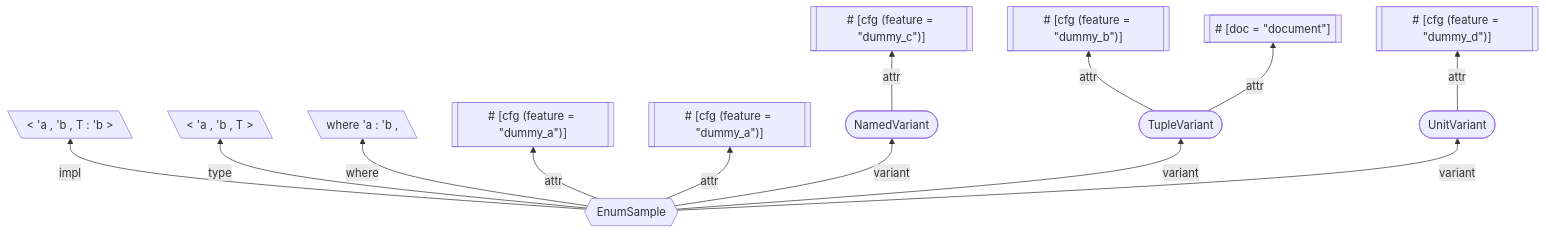
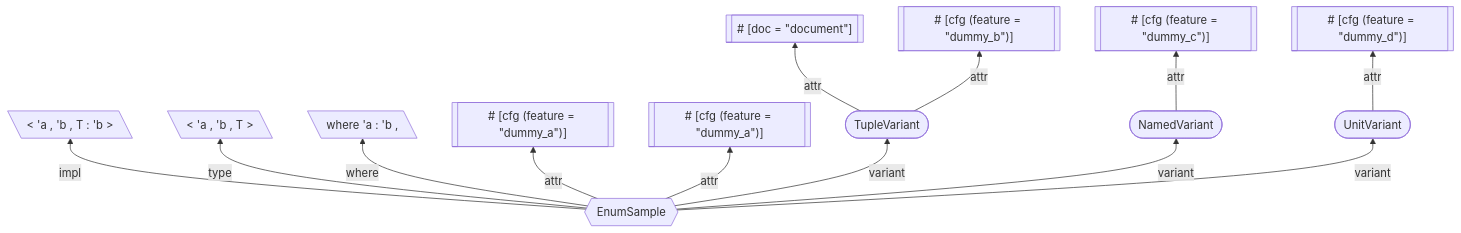
Before and after one commit to Tokeiya/proc_macro_survey: the diagram in output.md, drawn with Mermaid. The commit also changed other lines of this file and 5 other files, not shown here.

````diff
--- a/output.md
+++ b/output.md
@@ -1,31 +1,31 @@
 ```mermaid
 ---
 title:enum
 ---
 flowchart BT
+	12@{ shape: stadium,label: "UnitVariant" }
+	13@{ shape: subroutine,label: "#35; [cfg (feature = \"dummy_d\")]" }
+	4@{ shape: lean-l,label: "where 'a : 'b ," }
+	2@{ shape: lean-l,label: "< 'a , 'b , T : 'b >" }
+	5@{ shape: subroutine,label: "#35; [cfg (feature = \"dummy_a\")]" }
+	3@{ shape: lean-l,label: "< 'a , 'b , T >" }
+	1@{ shape: hexagon,label: "EnumSample" }
+	7@{ shape: stadium,label: "TupleVariant" }
+	6@{ shape: subroutine,label: "#35; [cfg (feature = \"dummy_a\")]" }
 	8@{ shape: subroutine,label: "#35; [cfg (feature = \"dummy_b\")]" }
 	10@{ shape: stadium,label: "NamedVariant" }
-	13@{ shape: subroutine,label: "#35; [cfg (feature = \"dummy_d\")]" }
+	9@{ shape: subroutine,label: "#35; [doc = \"document\"]" }
 	11@{ shape: subroutine,label: "#35; [cfg (feature = \"dummy_c\")]" }
-	12@{ shape: stadium,label: "UnitVariant" }
-	9@{ shape: subroutine,label: "#35; [doc = \"document\"]" }
-	2@{ shape: lean-l,label: "< 'a , 'b , T : 'b >" }
-	7@{ shape: stadium,label: "TupleVariant" }
-	3@{ shape: lean-l,label: "< 'a , 'b , T >" }
-	1@{ shape: hexagon,label: "EnumSample" }
-	4@{ shape: lean-l,label: "where 'a : 'b ," }
-	5@{ shape: subroutine,label: "#35; [cfg (feature = \"dummy_a\")]" }
-	6@{ shape: subroutine,label: "#35; [cfg (feature = \"dummy_a\")]" }
+	7 -- "attr" --> 9
+	1 -- "attr" --> 6
+	7 -- "attr" --> 8
 	1 -- "type" --> 3
-	1 -- "attr" --> 6
+	1 -- "variant" --> 7
+	1 -- "where" --> 4
 	1 -- "variant" --> 10
 	1 -- "attr" --> 5
-	1 -- "variant" --> 7
-	1 -- "where" --> 4
-	7 -- "attr" --> 8
-	7 -- "attr" --> 9
-	1 -- "impl" --> 2
 	10 -- "attr" --> 11
 	1 -- "variant" --> 12
 	12 -- "attr" --> 13
+	1 -- "impl" --> 2
 ```
````
